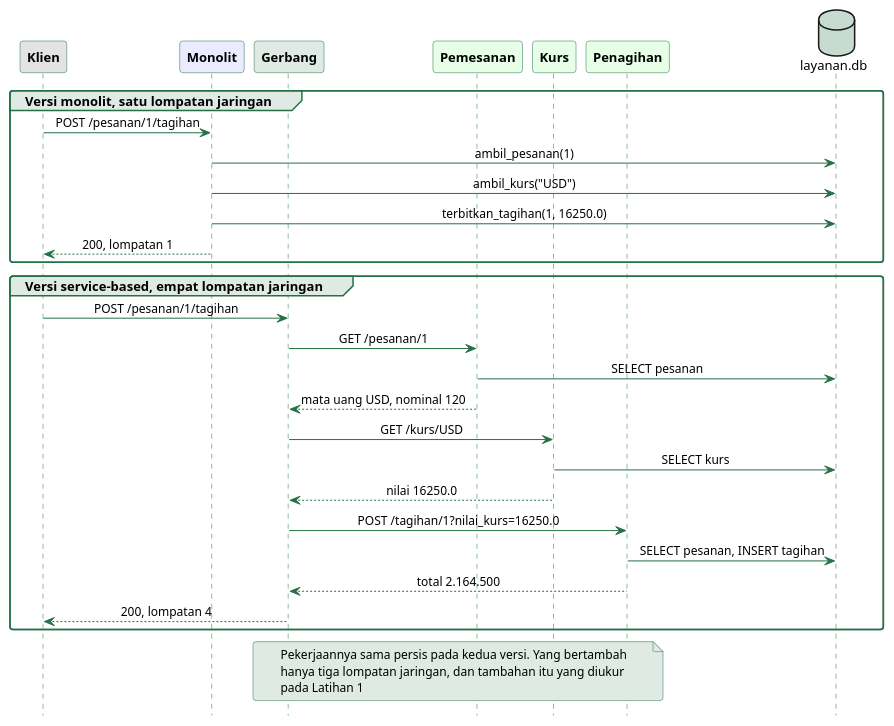
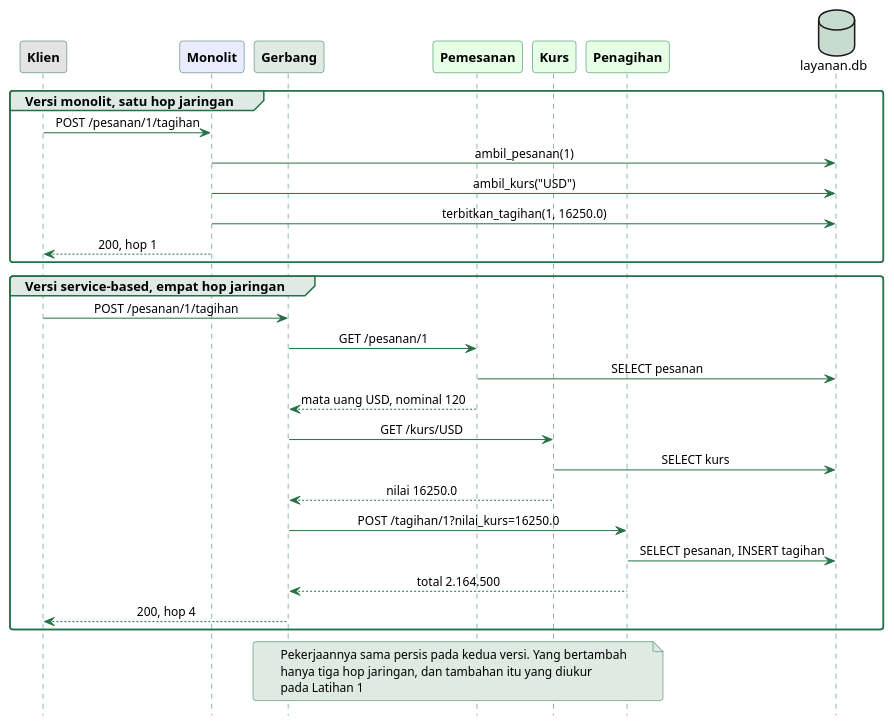
The diagram in sources/chapter11/diagram/sekuens-layanan.puml (alfa-yohannis/software-architecture), drawn with PlantUML before and after one commit. The commit also changed other lines of this file and 71 other files, not shown here.

```diff
--- a/sources/chapter11/diagram/sekuens-layanan.puml
+++ b/sources/chapter11/diagram/sekuens-layanan.puml
@@ -12,62 +12,62 @@
 @startuml
 skinparam backgroundColor transparent
 skinparam defaultFontName Titillium Web
 skinparam defaultFontSize 13
 skinparam shadowing false
 skinparam roundCorner 6
 skinparam sequenceMessageAlignment center
 skinparam sequence {
   ArrowColor #257147
   ArrowFontSize 12
   LifeLineBorderColor #257147
   LifeLineBackgroundColor #DEEAE3
   ParticipantBorderColor #257147
   ParticipantFontColor black
   ParticipantFontSize 13
   ParticipantFontStyle bold
   GroupBackgroundColor #DEEAE3
   GroupBorderColor #257147
 }
 skinparam note {
   BackgroundColor #DEEAE3
   BorderColor #257147
   FontSize 12
 }
 hide footbox
 
 participant Klien as K #E3E3E3
 participant "Monolit" as M #EBEBFF
 participant "Gerbang" as G #DEEAE3
 participant "Pemesanan" as P #E6FFE6
 participant "Kurs" as R #E6FFE6
 participant "Penagihan" as T #E6FFE6
 database "layanan.db" as D #C8DBD1
 
-group Versi monolit, satu lompatan jaringan
+group Versi monolit, satu hop jaringan
   K -> M : POST /pesanan/1/tagihan
   M -> D : ambil_pesanan(1)
   M -> D : ambil_kurs("USD")
   M -> D : terbitkan_tagihan(1, 16250.0)
-  M --> K : 200, lompatan 1
+  M --> K : 200, hop 1
 end
 
-group Versi service-based, empat lompatan jaringan
+group Versi service-based, empat hop jaringan
   K -> G : POST /pesanan/1/tagihan
   G -> P : GET /pesanan/1
   P -> D : SELECT pesanan
   P --> G : mata uang USD, nominal 120
   G -> R : GET /kurs/USD
   R -> D : SELECT kurs
   R --> G : nilai 16250.0
   G -> T : POST /tagihan/1?nilai_kurs=16250.0
   T -> D : SELECT pesanan, INSERT tagihan
   T --> G : total 2.164.500
-  G --> K : 200, lompatan 4
+  G --> K : 200, hop 4
 end
 
 note over G, T
   Pekerjaannya sama persis pada kedua versi. Yang bertambah
-  hanya tiga lompatan jaringan, dan tambahan itu yang diukur
+  hanya tiga hop jaringan, dan tambahan itu yang diukur
   pada Latihan 1
 end note
 @enduml
```
